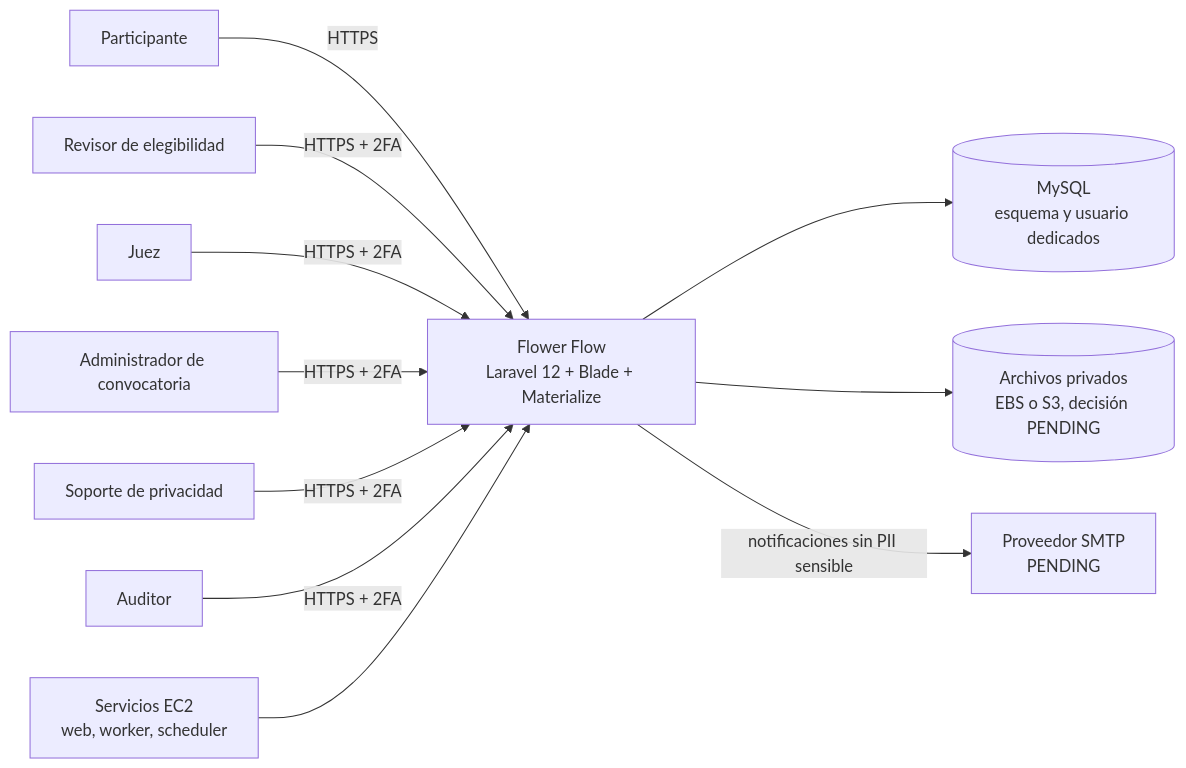
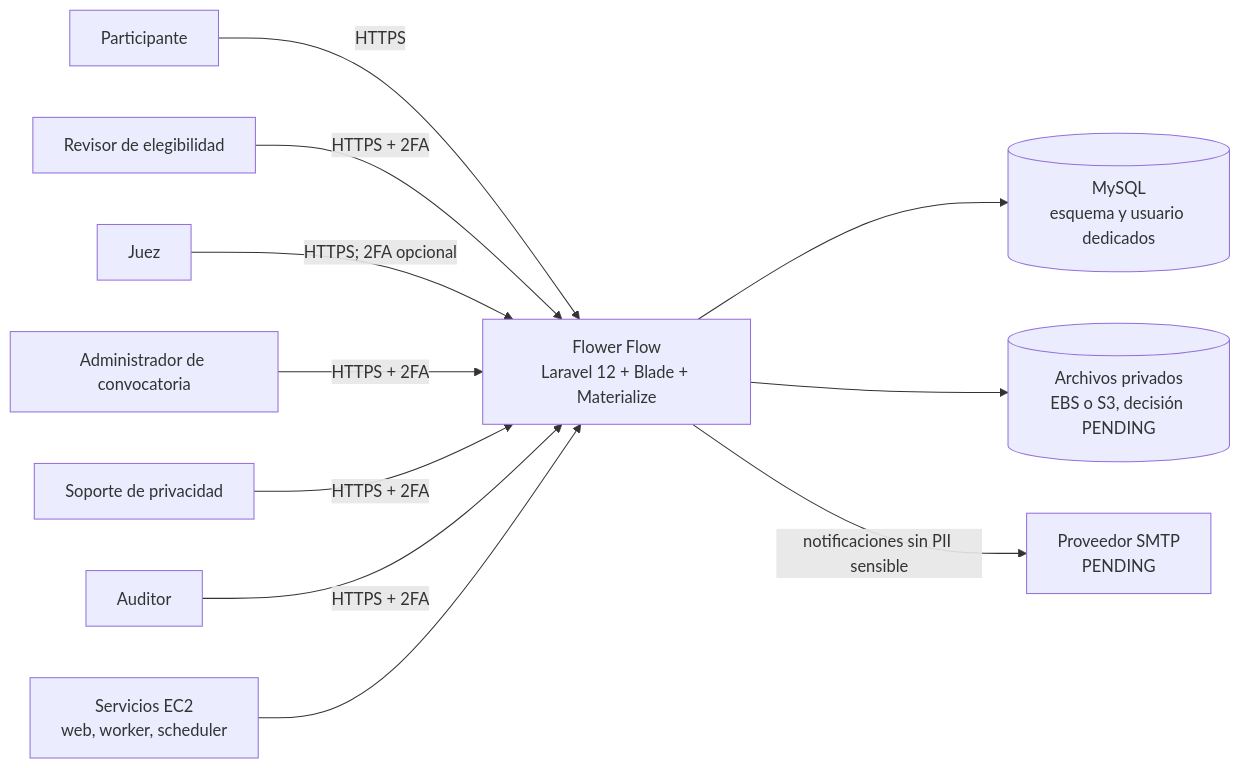
The first of 4 diagrams in docs/02-architecture.md (ccortesg/flowerflow), drawn with Mermaid before and after one commit. The commit also changed other lines of this file and 88 other files, not shown here.

```diff
--- a/docs/02-architecture.md
+++ b/docs/02-architecture.md
@@ -32,26 +34,26 @@
 ~~~mermaid
 flowchart LR
     Participant[Participante]
     Reviewer[Revisor de elegibilidad]
     Judge[Juez]
     Admin[Administrador de convocatoria]
     Privacy[Soporte de privacidad]
     Auditor[Auditor]
 
     FF[Flower Flow<br/>Laravel 12 + Blade + Materialize]
     DB[(MySQL<br/>esquema y usuario dedicados)]
     Files[(Archivos privados<br/>EBS o S3, decisión PENDING)]
     Mail[Proveedor SMTP<br/>PENDING]
     Ops[Servicios EC2<br/>web, worker, scheduler]
 
     Participant -->|HTTPS| FF
     Reviewer -->|HTTPS + 2FA| FF
-    Judge -->|HTTPS + 2FA| FF
+    Judge -->|HTTPS; 2FA opcional| FF
     Admin -->|HTTPS + 2FA| FF
     Privacy -->|HTTPS + 2FA| FF
     Auditor -->|HTTPS + 2FA| FF
     FF --> DB
     FF --> Files
     FF -->|notificaciones sin PII sensible| Mail
     Ops --> FF
 ~~~
```
